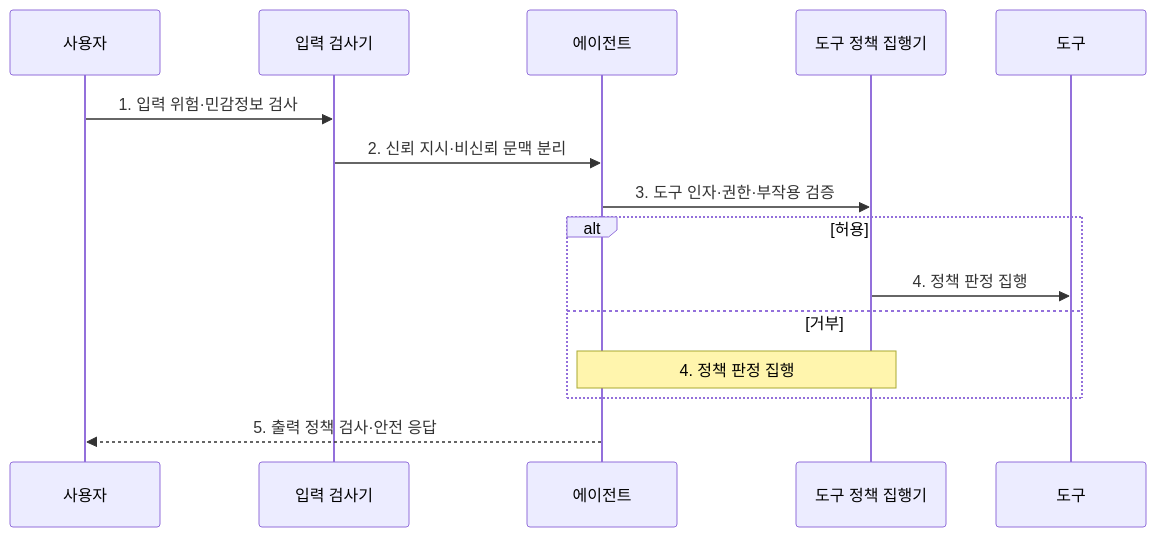
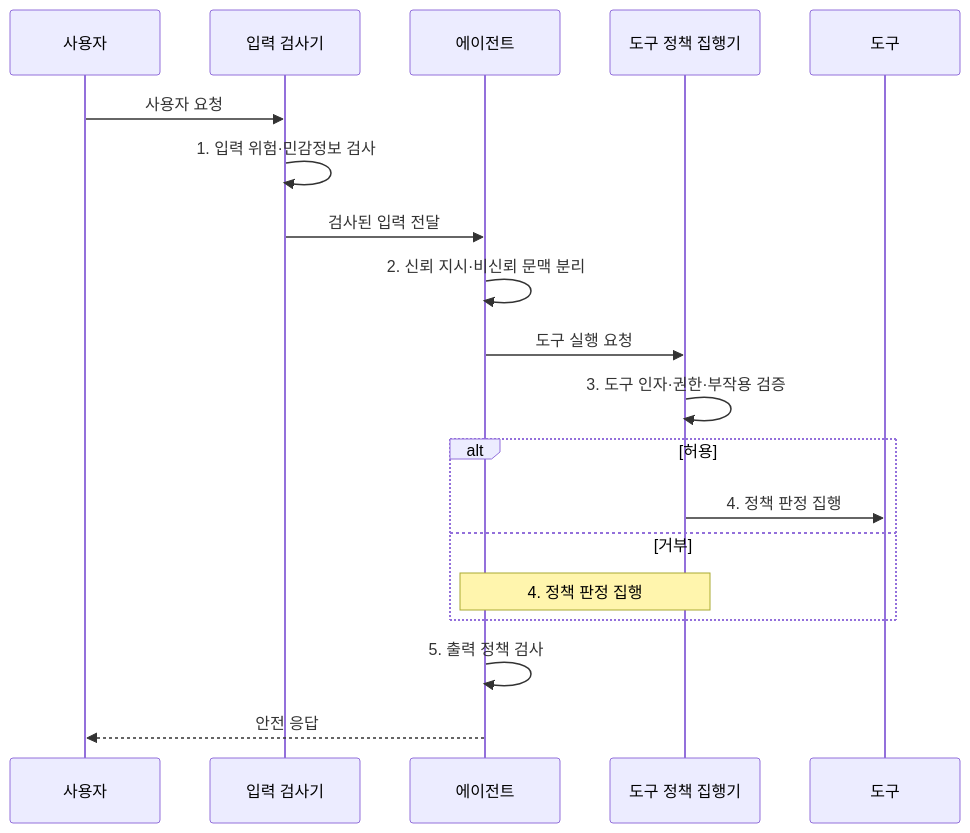
Before and after one commit to agnusdei1207/knowledge-base: the second of 2 diagrams in src/content/docs/notes/08-latest-tech/022_agent_guardrail.md, drawn with Mermaid. The commit also changed other lines of this file and 225 other files, not shown here.

````diff
--- a/src/content/docs/notes/08-latest-tech/022_agent_guardrail.md
+++ b/src/content/docs/notes/08-latest-tech/022_agent_guardrail.md
@@ -75,17 +77,21 @@
 ```mermaid
 sequenceDiagram
     participant U as 사용자
     participant I as 입력 검사기
     participant A as 에이전트
     participant P as 도구 정책 집행기
     participant T as 도구
-    U->>I: 1. 입력 위험·민감정보 검사
-    I->>A: 2. 신뢰 지시·비신뢰 문맥 분리
-    A->>P: 3. 도구 인자·권한·부작용 검증
+    U->>I: 사용자 요청
+    I->>I: 1. 입력 위험·민감정보 검사
+    I->>A: 검사된 입력 전달
+    A->>A: 2. 신뢰 지시·비신뢰 문맥 분리
+    A->>P: 도구 실행 요청
+    P->>P: 3. 도구 인자·권한·부작용 검증
     alt 허용
         P->>T: 4. 정책 판정 집행
     else 거부
         Note over P,A: 4. 정책 판정 집행
     end
-    A-->>U: 5. 출력 정책 검사·안전 응답
+    A->>A: 5. 출력 정책 검사
+    A-->>U: 안전 응답
 ```
````
